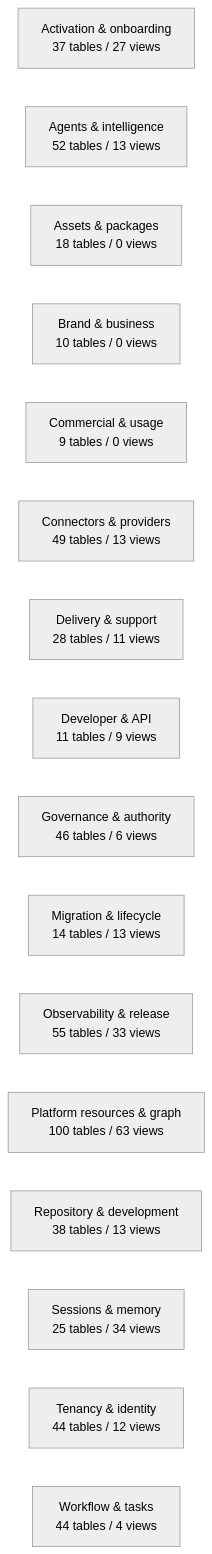
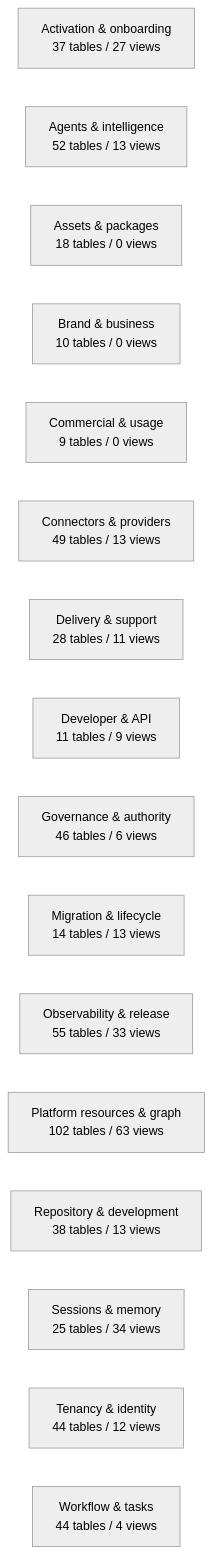
One commit to mad4bdigital-ai/multi-business-multi-role-growth-intelligence-os changed the diagram in docs/work-maps/data-model-domain-map.md. Above: the diagram before and after it, drawn with Mermaid (neutral theme). The commit also changed other lines of this file and 18 other files, not shown here.

````diff
--- a/docs/work-maps/data-model-domain-map.md
+++ b/docs/work-maps/data-model-domain-map.md
@@ -9,19 +9,19 @@
 ```mermaid
 flowchart LR
   n_Activation___onboarding["Activation & onboarding<br/>37 tables / 27 views"]
   n_Agents___intelligence["Agents & intelligence<br/>52 tables / 13 views"]
   n_Assets___packages["Assets & packages<br/>18 tables / 0 views"]
   n_Brand___business["Brand & business<br/>10 tables / 0 views"]
   n_Commercial___usage["Commercial & usage<br/>9 tables / 0 views"]
   n_Connectors___providers["Connectors & providers<br/>49 tables / 13 views"]
   n_Delivery___support["Delivery & support<br/>28 tables / 11 views"]
   n_Developer___API["Developer & API<br/>11 tables / 9 views"]
   n_Governance___authority["Governance & authority<br/>46 tables / 6 views"]
   n_Migration___lifecycle["Migration & lifecycle<br/>14 tables / 13 views"]
   n_Observability___release["Observability & release<br/>55 tables / 33 views"]
-  n_Platform_resources___graph["Platform resources & graph<br/>100 tables / 63 views"]
+  n_Platform_resources___graph["Platform resources & graph<br/>102 tables / 63 views"]
   n_Repository___development["Repository & development<br/>38 tables / 13 views"]
   n_Sessions___memory["Sessions & memory<br/>25 tables / 34 views"]
   n_Tenancy___identity["Tenancy & identity<br/>44 tables / 12 views"]
   n_Workflow___tasks["Workflow & tasks<br/>44 tables / 4 views"]
 ```
````
